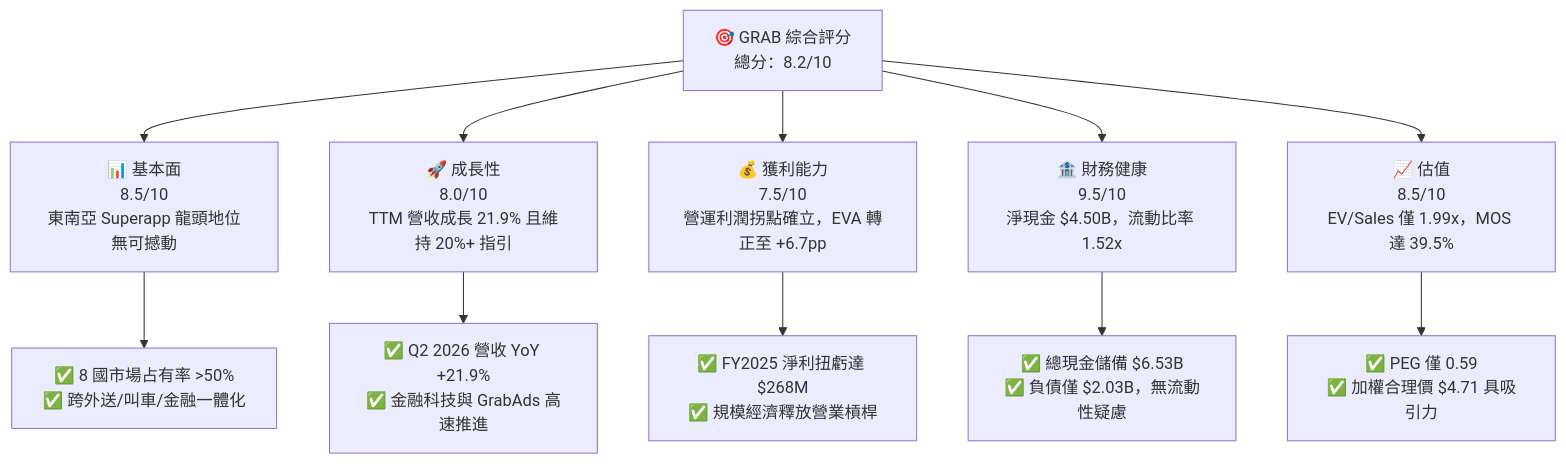
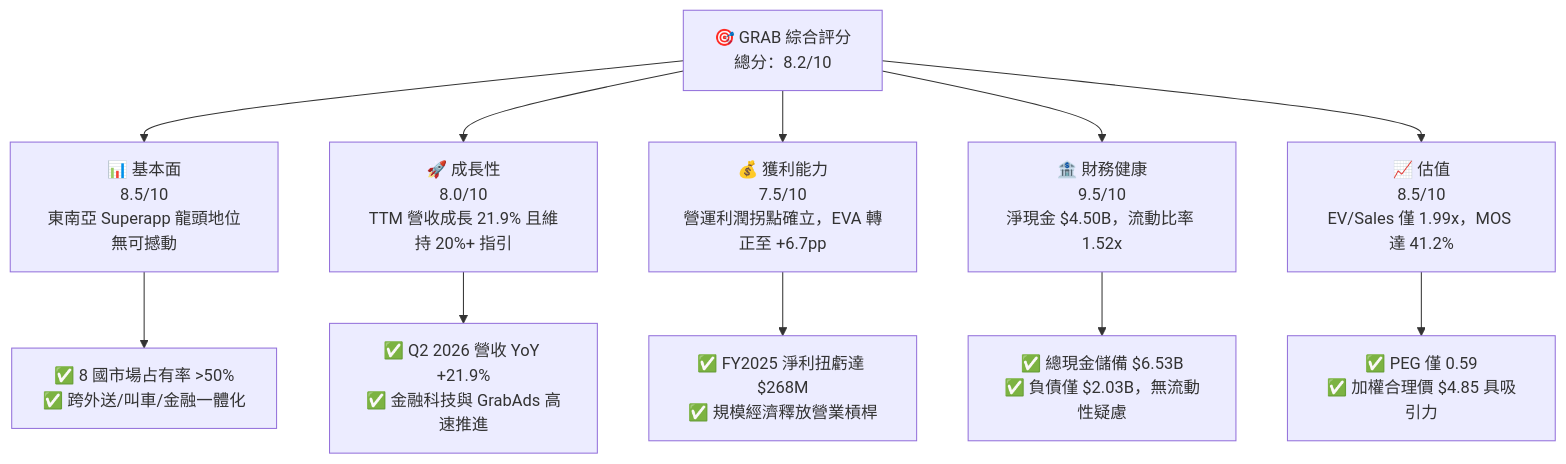
The first of 15 diagrams in ai_gen_report/fundamental/grab/fundamental_analysis_2026-10-22_gemini.md (yennanliu/finance_data), drawn with Mermaid before and after one commit. The commit also changed other lines of this file and 339 other files, not shown here.

````diff
--- a/ai_gen_report/fundamental/grab/fundamental_analysis_2026-10-22_gemini.md
+++ b/ai_gen_report/fundamental/grab/fundamental_analysis_2026-10-22_gemini.md
@@ -58,22 +65,22 @@
 ```mermaid
 graph TD
     TICKER["🎯 GRAB 綜合評分<br/>總分：8.2/10"]
 
     F["📊 基本面<br/>8.5/10<br/>東南亞 Superapp 龍頭地位無可撼動"]
     G["🚀 成長性<br/>8.0/10<br/>TTM 營收成長 21.9% 且維持 20%+ 指引"]
     P["💰 獲利能力<br/>7.5/10<br/>營運利潤拐點確立，EVA 轉正至 +6.7pp"]
     B["🏦 財務健康<br/>9.5/10<br/>淨現金 $4.50B，流動比率 1.52x"]
-    V["📈 估值<br/>8.5/10<br/>EV/Sales 僅 1.99x，MOS 達 39.5%"]
+    V["📈 估值<br/>8.5/10<br/>EV/Sales 僅 1.99x，MOS 達 41.2%"]
 
     TICKER --> F
     TICKER --> G
     TICKER --> P
     TICKER --> B
     TICKER --> V
 
     F --> F1["✅ 8 國市場占有率 >50%<br/>✅ 跨外送/叫車/金融一體化"]
     G --> G1["✅ Q2 2026 營收 YoY +21.9%<br/>✅ 金融科技與 GrabAds 高速推進"]
     P --> P1["✅ FY2025 淨利扭虧達 $268M<br/>✅ 規模經濟釋放營業槓桿"]
     B --> B1["✅ 總現金儲備 $6.53B<br/>✅ 負債僅 $2.03B，無流動性疑慮"]
-    V --> V1["✅ PEG 僅 0.59<br/>✅ 加權合理價 $4.71 具吸引力"]
+    V --> V1["✅ PEG 僅 0.59<br/>✅ 加權合理價 $4.85 具吸引力"]
 ```
````
